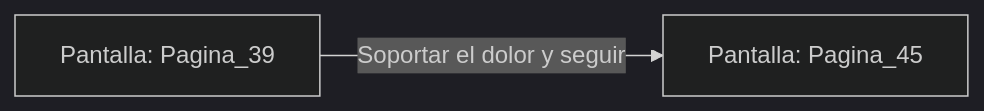
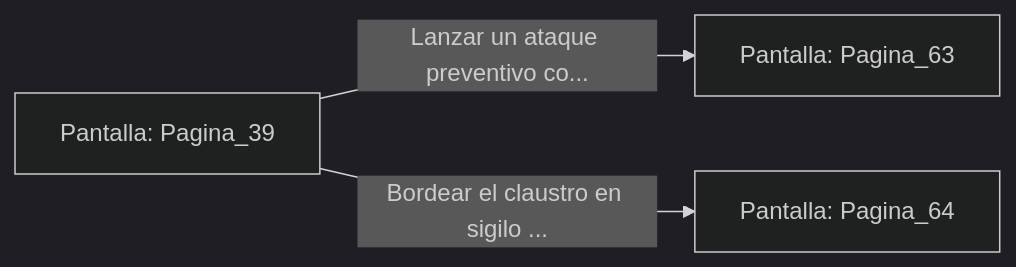
Before and after one commit to metsuke/mpl: the diagram in sample/eligejuego-vault/Pantalla_Pagina_39.md, drawn with Mermaid (dark theme). The commit also changed other lines of this file and 635 other files, not shown here.

First line of the commit message:
fix: añadir Pagina_1 como pantalla inicial en capitulo_01.mpl

````diff
--- a/sample/eligejuego-vault/Pantalla_Pagina_39.md
+++ b/sample/eligejuego-vault/Pantalla_Pagina_39.md
@@ -14,5 +24,6 @@
 ```mermaid
 graph LR
     P_Pagina_39["Pantalla: Pagina_39"]
-    P_Pagina_39 -->|"Soportar el dolor y seguir"| P_Pagina_45["Pantalla: Pagina_45"]
+    P_Pagina_39 -->|"Lanzar un ataque preventivo co..."| P_Pagina_63["Pantalla: Pagina_63"]
+    P_Pagina_39 -->|"Bordear el claustro en sigilo ..."| P_Pagina_64["Pantalla: Pagina_64"]
 ```
````
